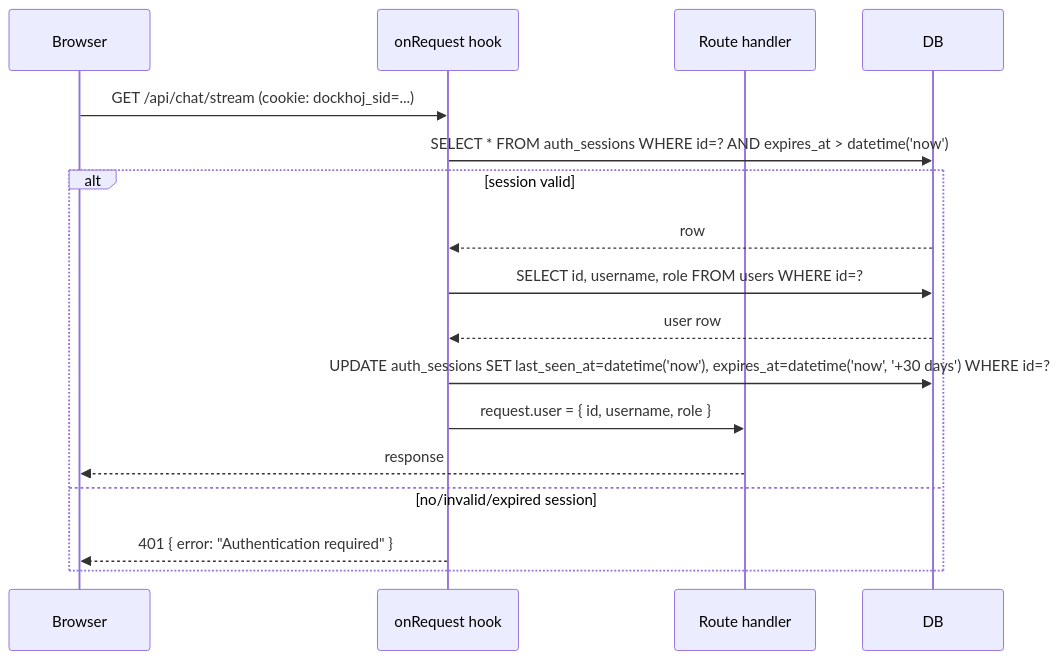
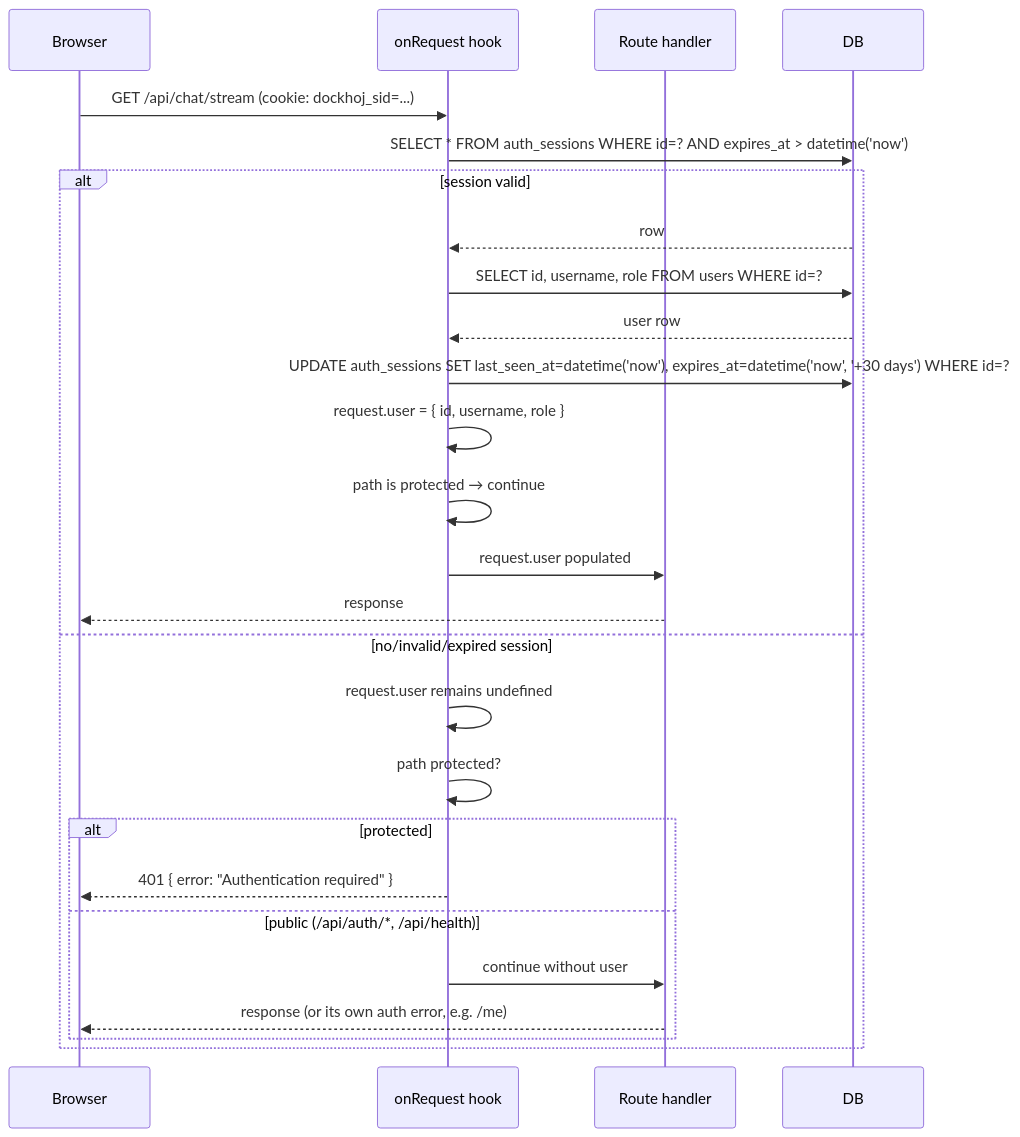
Before and after one commit to TahaNKhan/DocKhoj: the fourth of 7 diagrams in docs/specs/phase-04-user-accounts-and-private-knowledge/design.md, drawn with Mermaid. The commit also changed other lines of this file, not shown here.

Commit message:
docs(phase-4): record the populate-first gate-second middleware flow (T6 drift)
T6 had to refactor the auth plugin to populate request.user on
every path (including /api/auth/*) so GET /me works with a valid
cookie — FR-7 says /me returns the current user, which means
request.user has to be populated on the public path. The original
design section described an early-return on public paths before
the user lookup, which would have broken FR-7.

New flow: parse + lookup first; then gate with the public-path
check. Update §'Authenticated request' diagram + prose. Code is
already on main (T6 commit 6e86beb) — this is the documentation
catch-up.

````diff
--- a/docs/specs/phase-04-user-accounts-and-private-knowledge/design.md
+++ b/docs/specs/phase-04-user-accounts-and-private-knowledge/design.md
@@ -323,20 +328,29 @@
 ```mermaid
 sequenceDiagram
     participant U as Browser
     participant MW as onRequest hook
     participant H as Route handler
     participant DB
 
     U->>MW: GET /api/chat/stream (cookie: dockhoj_sid=...)
     MW->>DB: SELECT * FROM auth_sessions WHERE id=? AND expires_at > datetime('now')
     alt session valid
         DB-->>MW: row
         MW->>DB: SELECT id, username, role FROM users WHERE id=?
         DB-->>MW: user row
         MW->>DB: UPDATE auth_sessions SET last_seen_at=datetime('now'), expires_at=datetime('now', '+30 days') WHERE id=?
-        MW->>H: request.user = { id, username, role }
+        MW->>MW: request.user = { id, username, role }
+        MW->>MW: path is protected → continue
+        MW->>H: request.user populated
         H-->>U: response
     else no/invalid/expired session
-        MW-->>U: 401 { error: "Authentication required" }
+        MW->>MW: request.user remains undefined
+        MW->>MW: path protected?
+        alt protected
+            MW-->>U: 401 { error: "Authentication required" }
+        else public (/api/auth/*, /api/health)
+            MW->>H: continue without user
+            H-->>U: response (or its own auth error, e.g. /me)
+        end
     end
 ```
````
